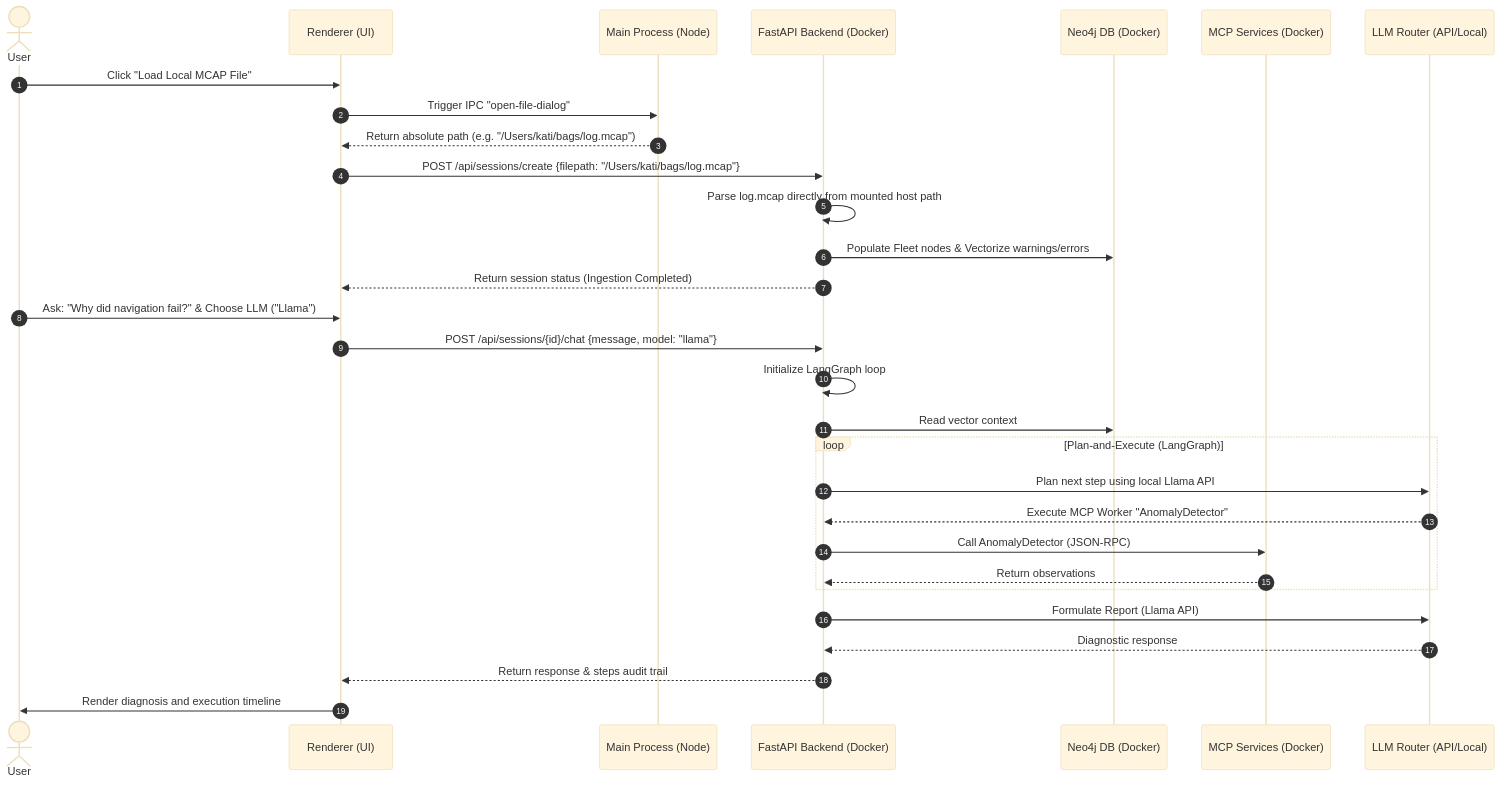
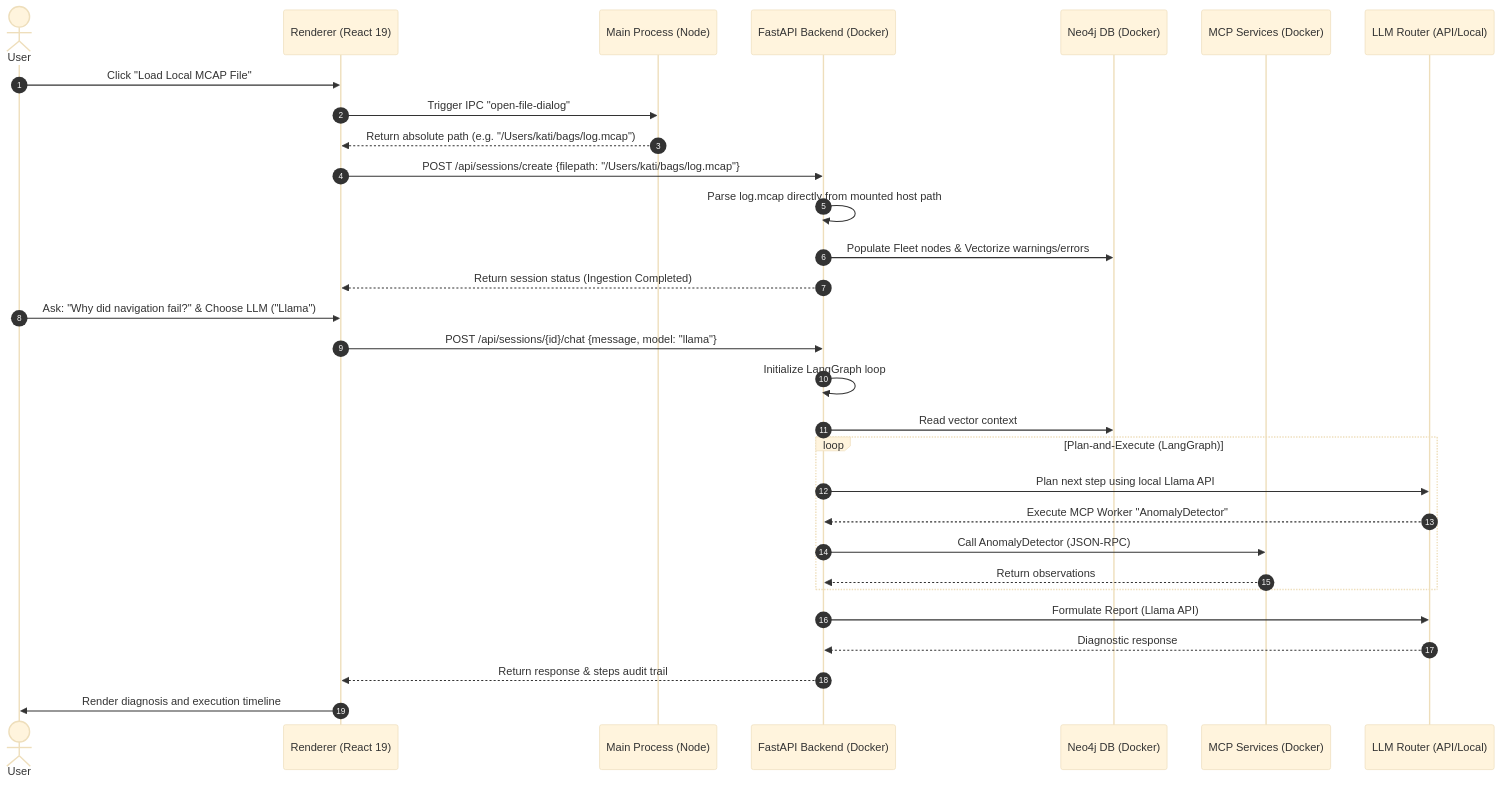
Before and after one commit to rahulkatiyar19955/datapilot: the third of 3 diagrams in docs/ARCHITECTURE.md, drawn with Mermaid (base theme). The commit also changed other lines of this file and 3 other files, not shown here.

First line of the commit message:
docs: create AGENT.md to define project architecture, stack, and deve… (#2)

````diff
--- a/docs/ARCHITECTURE.md
+++ b/docs/ARCHITECTURE.md
@@ -158,37 +171,37 @@
 ```mermaid
 sequenceDiagram
     autonumber
     actor User
-    participant ElectronUI as Renderer (UI)
+    participant ElectronUI as Renderer (React 19)
     participant Main as Main Process (Node)
     participant API as FastAPI Backend (Docker)
     participant Neo4j as Neo4j DB (Docker)
     participant MCP as MCP Services (Docker)
     participant LLM as LLM Router (API/Local)
 
     User->>ElectronUI: Click "Load Local MCAP File"
     ElectronUI->>Main: Trigger IPC "open-file-dialog"
     Main-->>ElectronUI: Return absolute path (e.g. "/Users/kati/bags/log.mcap")
     ElectronUI->>API: POST /api/sessions/create {filepath: "/Users/kati/bags/log.mcap"}
     
     API->>API: Parse log.mcap directly from mounted host path
     API->>Neo4j: Populate Fleet nodes & Vectorize warnings/errors
     API-->>ElectronUI: Return session status (Ingestion Completed)
     
     User->>ElectronUI: Ask: "Why did navigation fail?" & Choose LLM ("Llama")
     ElectronUI->>API: POST /api/sessions/{id}/chat {message, model: "llama"}
     API->>API: Initialize LangGraph loop
     API->>Neo4j: Read vector context
     
     loop Plan-and-Execute (LangGraph)
         API->>LLM: Plan next step using local Llama API
         LLM-->>API: Execute MCP Worker "AnomalyDetector"
         API->>MCP: Call AnomalyDetector (JSON-RPC)
         MCP-->>API: Return observations
     end
     
     API->>LLM: Formulate Report (Llama API)
     LLM-->>API: Diagnostic response
     API-->>ElectronUI: Return response & steps audit trail
     ElectronUI->>User: Render diagnosis and execution timeline
 ```
````
